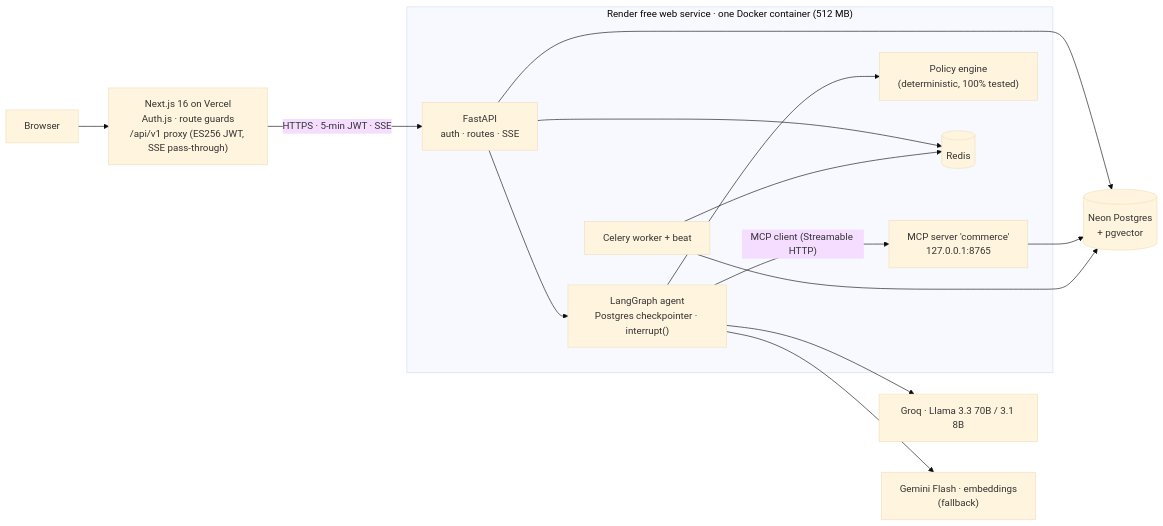
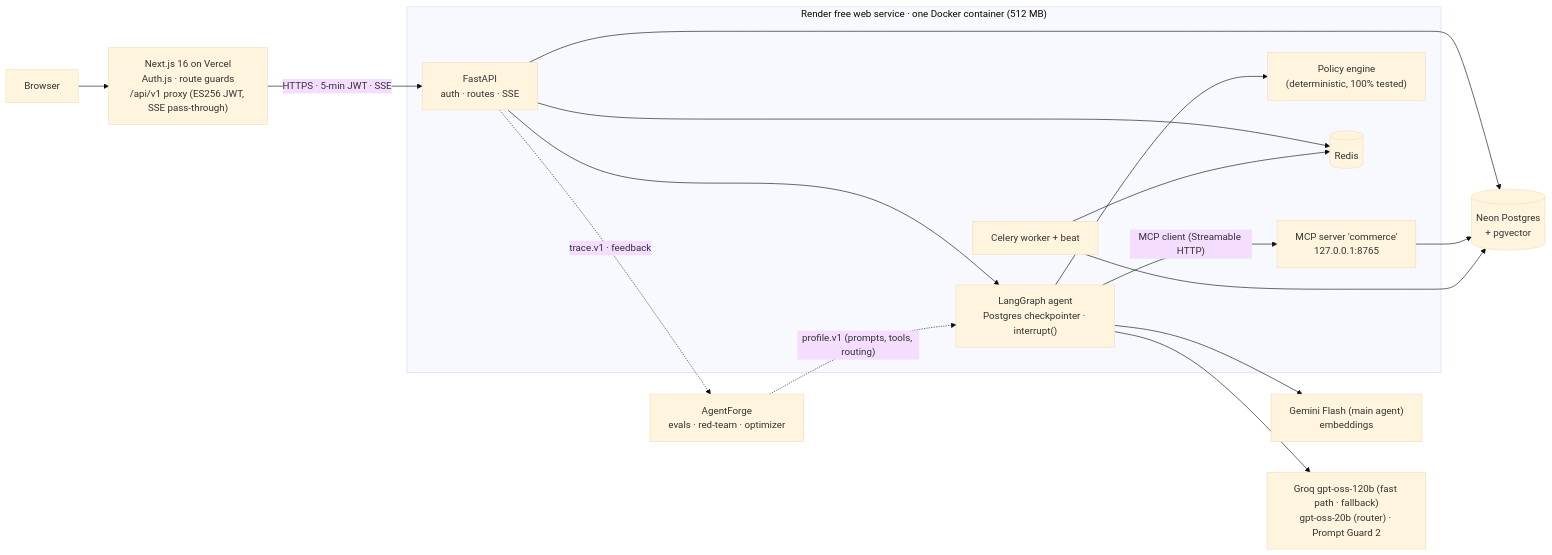
Before and after one commit to Sohail-5678/returnpilot: the first of 2 diagrams in README.md, drawn with Mermaid (base theme). The commit also changed other lines of this file and 53 other files, not shown here.

First line of the commit message:
Spec v1.1: free model plan, Prompt Guard 2, AgentForge integration

````diff
--- a/README.md
+++ b/README.md
@@ -40,15 +41,17 @@
 ```mermaid
 flowchart LR
   B[Browser] --> V["Next.js 16 on Vercel<br/>Auth.js · route guards<br/>/api/v1 proxy (ES256 JWT, SSE pass-through)"]
   V -- "HTTPS · 5-min JWT · SSE" --> API
   subgraph R["Render free web service · one Docker container (512 MB)"]
     API["FastAPI<br/>auth · routes · SSE"] --> G["LangGraph agent<br/>Postgres checkpointer · interrupt()"]
     G -- "MCP client (Streamable HTTP)" --> M["MCP server 'commerce'<br/>127.0.0.1:8765"]
     G --> P["Policy engine<br/>(deterministic, 100% tested)"]
     API --> Q[("Redis")]
     W["Celery worker + beat"] --> Q
   end
-  G --> L1["Groq · Llama 3.3 70B / 3.1 8B"]
-  G --> L2["Gemini Flash · embeddings<br/>(fallback)"]
+  G --> L1["Gemini Flash (main agent)<br/>embeddings"]
+  G --> L2["Groq gpt-oss-120b (fast path · fallback)<br/>gpt-oss-20b (router) · Prompt Guard 2"]
+  API -. "trace.v1 · feedback" .-> AF["AgentForge<br/>evals · red-team · optimizer"]
+  AF -. "profile.v1 (prompts, tools, routing)" .-> G
   API & M & W --> DB[("Neon Postgres<br/>+ pgvector")]
 ```
````
